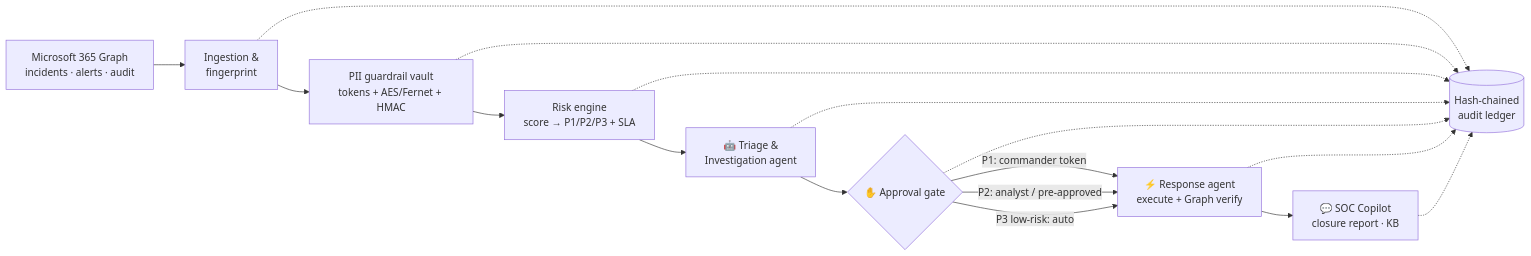
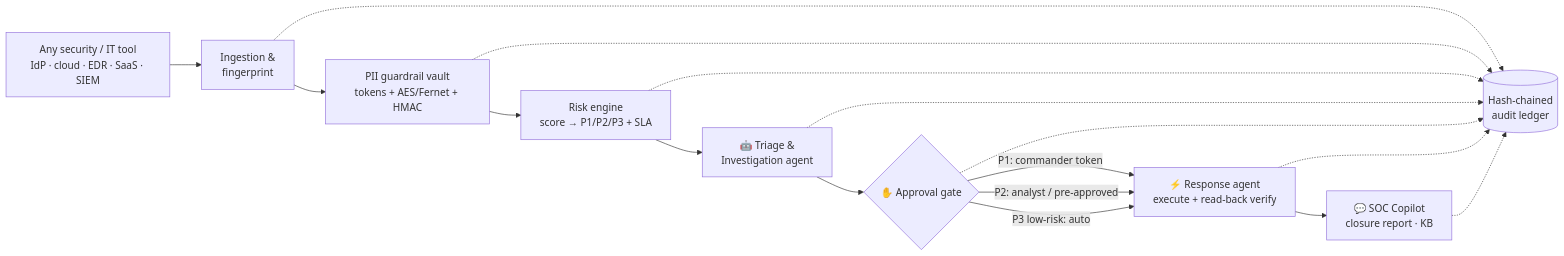
The diagram in README.md (trinetrasoft/secure360-hub-build2036), drawn with Mermaid before and after one commit. The commit also changed other lines of this file and 10 other files, not shown here.

````diff
--- a/README.md
+++ b/README.md
@@ -42,13 +42,13 @@
 ```mermaid
 flowchart LR
-  A[Microsoft 365 Graph<br/>incidents · alerts · audit] --> B[Ingestion &<br/>fingerprint]
+  A[Any security / IT tool<br/>IdP · cloud · EDR · SaaS · SIEM] --> B[Ingestion &<br/>fingerprint]
   B --> C[PII guardrail vault<br/>tokens + AES/Fernet + HMAC]
   C --> D[Risk engine<br/>score → P1/P2/P3 + SLA]
   D --> E[🤖 Triage &<br/>Investigation agent]
   E --> F{✋ Approval gate}
   F -- P1: commander token --> G
   F -- P2: analyst / pre-approved --> G
-  F -- P3 low-risk: auto --> G[⚡ Response agent<br/>execute + Graph verify]
+  F -- P3 low-risk: auto --> G[⚡ Response agent<br/>execute + read-back verify]
   G --> H[💬 SOC Copilot<br/>closure report · KB]
   B & C & D & E & F & G & H -.-> I[(Hash-chained<br/>audit ledger)]
 ```
````
